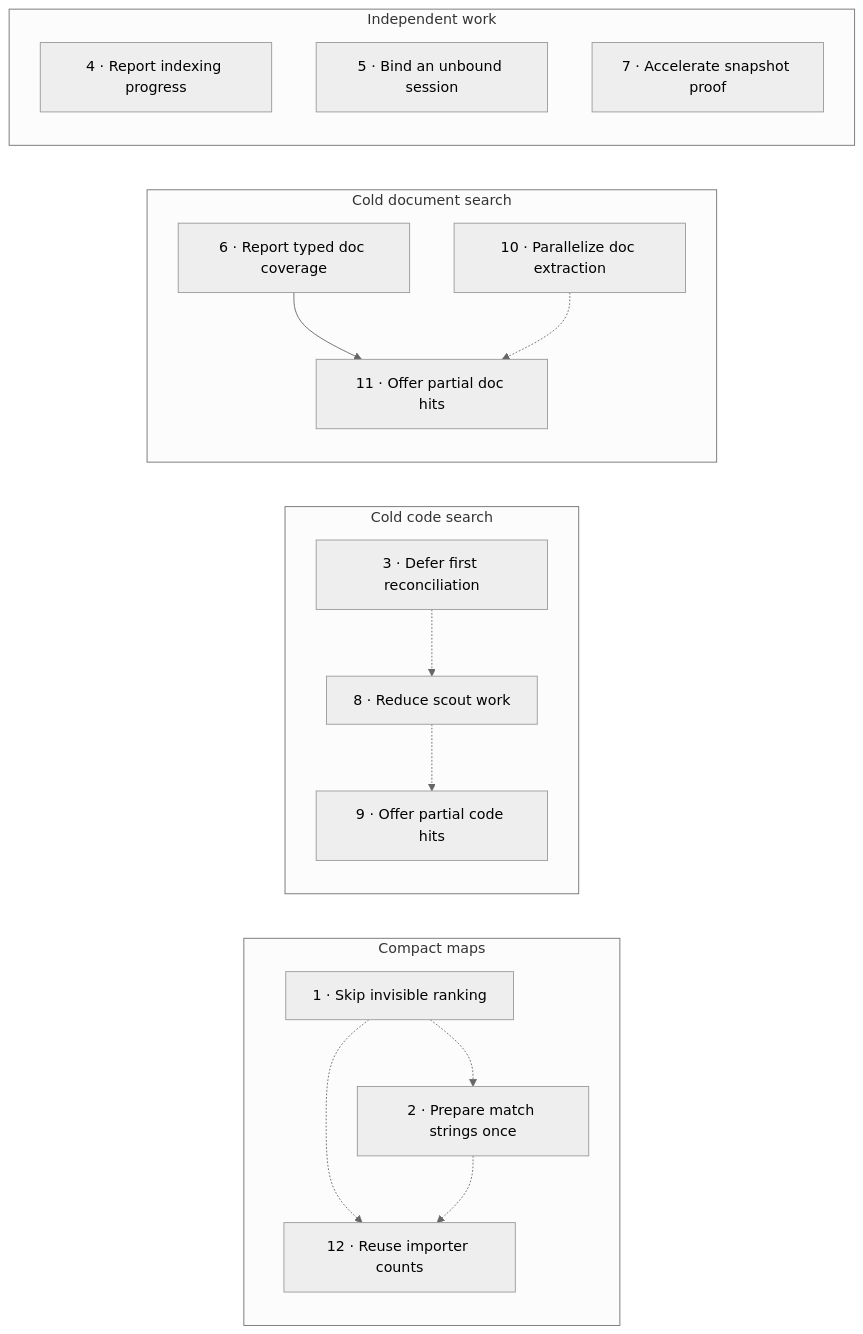
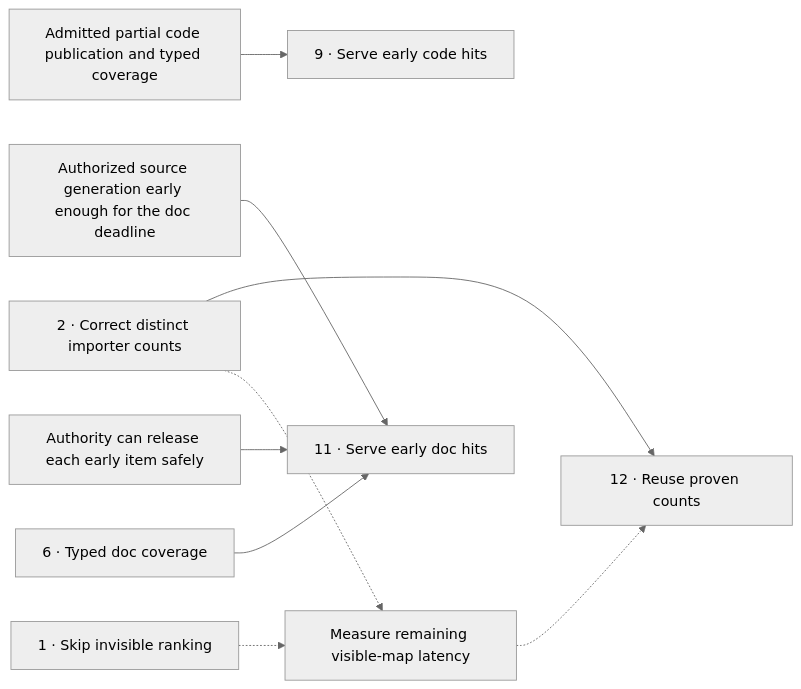
One commit to special-place-ai-heaven/symforge changed the diagram in docs/research/2026-11-24-index-speed/LEDGER.md. Above: the diagram before and after it, drawn with Mermaid (neutral theme). The commit also changed other lines of this file and 1 other file, not shown here.

Commit message:
docs(research): reconcile independent index speed reviews

````diff
--- a/docs/research/2026-11-24-index-speed/LEDGER.md
+++ b/docs/research/2026-11-24-index-speed/LEDGER.md
@@ -9,21 +11,11 @@
 ```mermaid
 flowchart LR
-    subgraph Map["Compact maps"]
-        F1["1 · Skip invisible ranking"] -.-> F12["12 · Reuse importer counts"]
-        F2["2 · Prepare match strings once"] -.-> F12
-        F1 -.-> F2
-    end
-    subgraph Code["Cold code search"]
-        F3["3 · Defer first reconciliation"] -.-> F8["8 · Reduce scout work"]
-        F8 -.-> F9["9 · Offer partial code hits"]
-    end
-    subgraph Docs["Cold document search"]
-        F6["6 · Report typed doc coverage"] --> F11["11 · Offer partial doc hits"]
-        F10["10 · Parallelize doc extraction"] -.-> F11
-    end
-    subgraph Independent["Independent work"]
-        F4["4 · Report indexing progress"]
-        F5["5 · Bind an unbound session"]
-        F7["7 · Accelerate snapshot proof"]
-    end
+    F1["1 · Skip invisible ranking"] -.-> V["Measure remaining visible-map latency"]
+    F2["2 · Correct distinct importer counts"] --> F12["12 · Reuse proven counts"]
+    V -.-> F12
+    F2 -.-> V
+    P["Admitted partial code publication and typed coverage"] --> F9["9 · Serve early code hits"]
+    D["Authorized source generation early enough for the doc deadline"] --> F11["11 · Serve early doc hits"]
+    A["Authority can release each early item safely"] --> F11
+    F6["6 · Typed doc coverage"] --> F11
 ```
````
